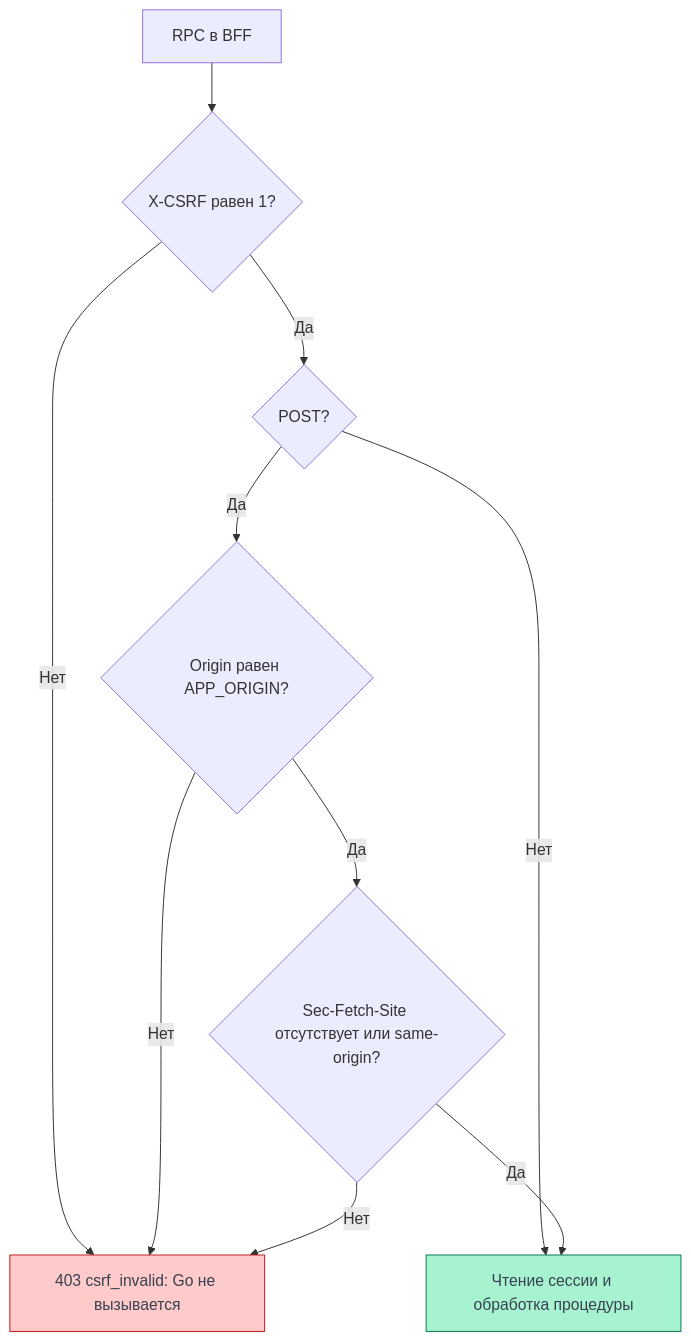
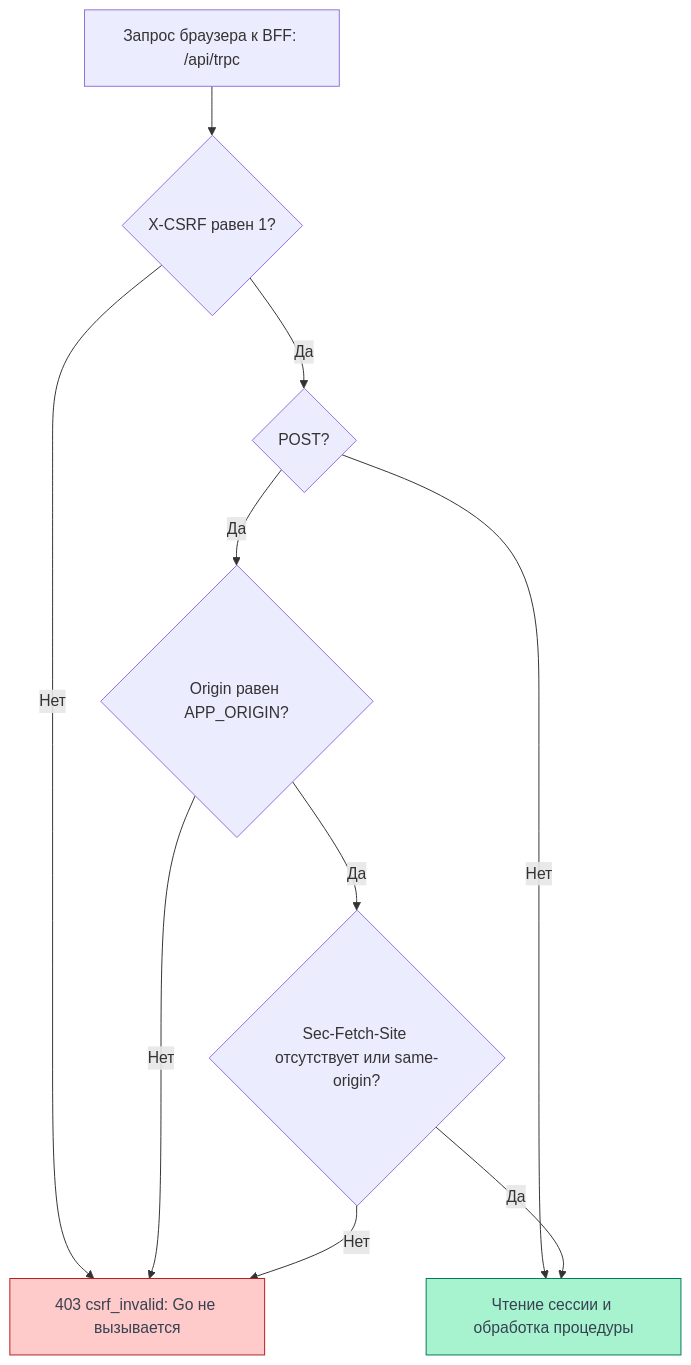
Before and after one commit to Cringe-Driven-Development-Team/docs: the diagram in site/documentation/security/csrf.md, drawn with Mermaid.

Commit message:
docs(security): уточнить запрос браузера на схеме CSRF

````diff
--- a/site/documentation/security/csrf.md
+++ b/site/documentation/security/csrf.md
@@ -35,17 +35,17 @@
 ```mermaid
 %% Flowchart: обязательный заголовок, дополнительные проверки POST и общий отказ до Go.
 flowchart TD
-    rpc["RPC в BFF"] --> header{"X-CSRF равен 1?"}
+    rpc["Запрос браузера к BFF: /api/trpc"] --> header{"X-CSRF равен 1?"}
     header -->|Нет| reject["403 csrf_invalid: Go не вызывается"]
     header -->|Да| method{"POST?"}
     method -->|Нет| session["Чтение сессии и обработка процедуры"]
     method -->|Да| origin{"Origin равен APP_ORIGIN?"}
     origin -->|Нет| reject
     origin -->|Да| site{"Sec-Fetch-Site отсутствует или same-origin?"}
     site -->|Нет| reject
     site -->|Да| session
     classDef error fill:#fecaca,stroke:#b91c1c,color:#374151
     classDef success fill:#a7f3d0,stroke:#047857,color:#374151
     class reject error
     class session success
 ```
````
